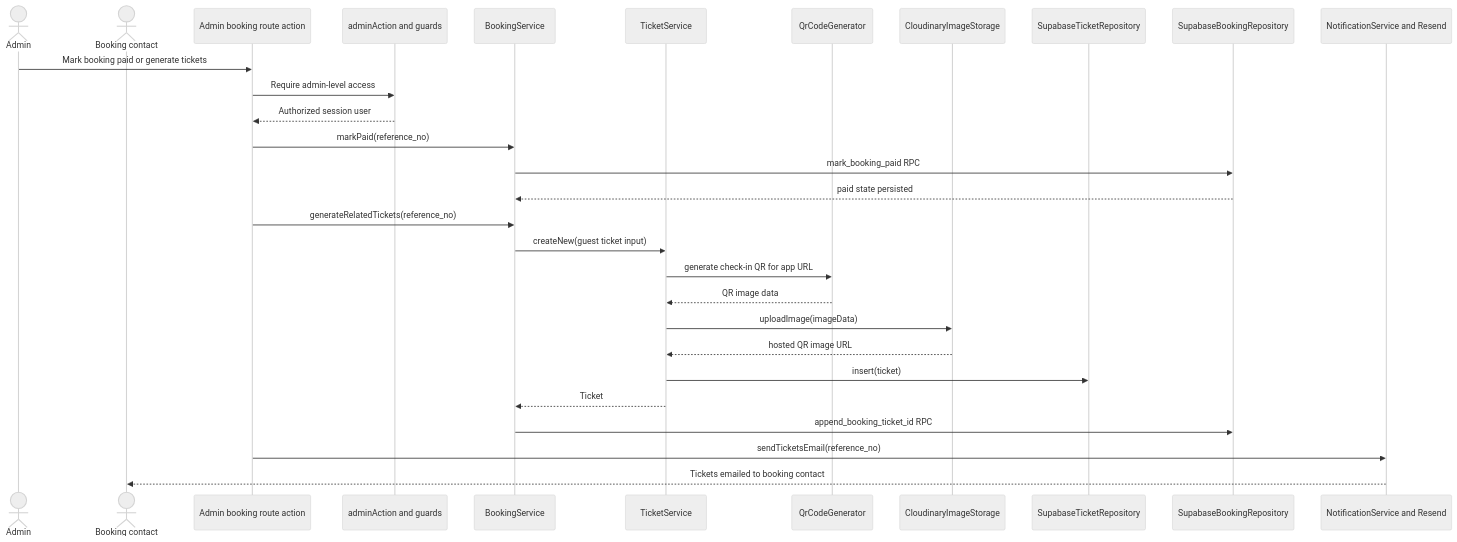
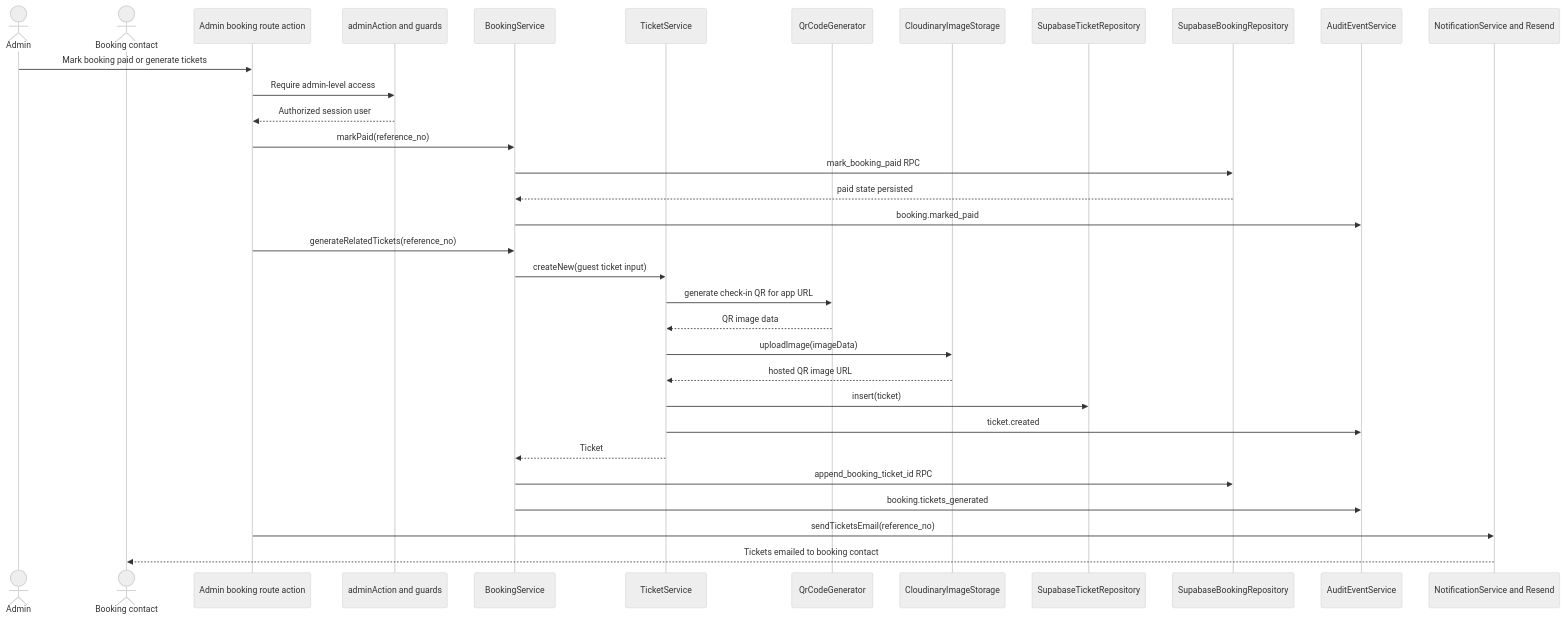
The fifth of 6 diagrams in docs/architecture.md (gretchel2025/gfeurope2), drawn with Mermaid (neutral theme) before and after one commit. The commit also changed other lines of this file and 46 other files, not shown here.

Commit message:
add audit event history

````diff
--- a/docs/architecture.md
+++ b/docs/architecture.md
@@ -231,32 +242,36 @@
 ```mermaid
 sequenceDiagram
     actor Admin
     actor Contact as Booking contact
     participant Route as Admin booking route action
     participant Guard as adminAction and guards
     participant Booking as BookingService
     participant Ticket as TicketService
     participant QR as QrCodeGenerator
     participant Storage as CloudinaryImageStorage
     participant TicketRepo as SupabaseTicketRepository
     participant BookingRepo as SupabaseBookingRepository
+    participant Audit as AuditEventService
     participant Email as NotificationService and Resend
 
     Admin->>Route: Mark booking paid or generate tickets
     Route->>Guard: Require admin-level access
     Guard-->>Route: Authorized session user
     Route->>Booking: markPaid(reference_no)
     Booking->>BookingRepo: mark_booking_paid RPC
     BookingRepo-->>Booking: paid state persisted
+    Booking->>Audit: booking.marked_paid
     Route->>Booking: generateRelatedTickets(reference_no)
     Booking->>Ticket: createNew(guest ticket input)
     Ticket->>QR: generate check-in QR for app URL
     QR-->>Ticket: QR image data
     Ticket->>Storage: uploadImage(imageData)
     Storage-->>Ticket: hosted QR image URL
     Ticket->>TicketRepo: insert(ticket)
+    Ticket->>Audit: ticket.created
     Ticket-->>Booking: Ticket
     Booking->>BookingRepo: append_booking_ticket_id RPC
+    Booking->>Audit: booking.tickets_generated
     Route->>Email: sendTicketsEmail(reference_no)
     Email-->>Contact: Tickets emailed to booking contact
 ```
````
